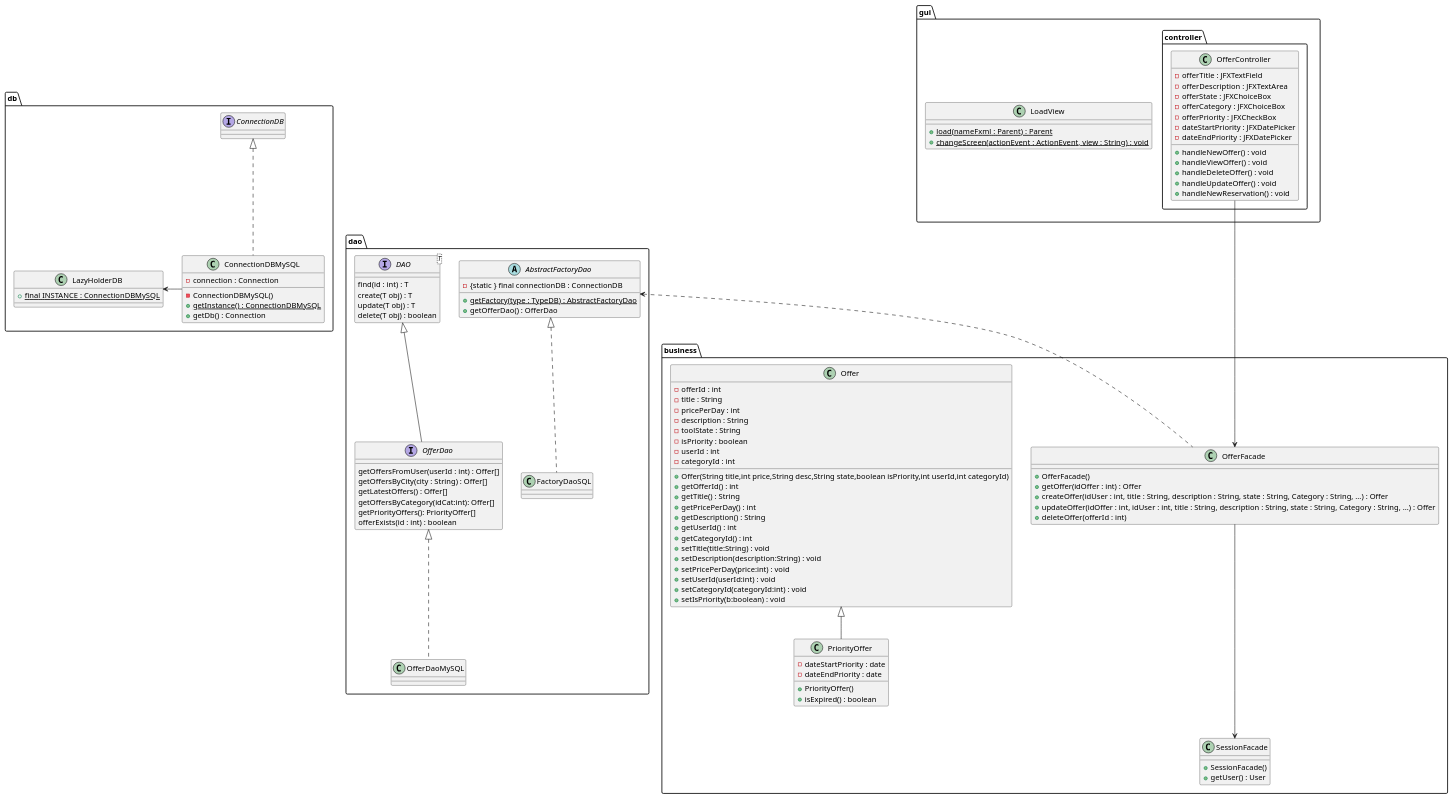
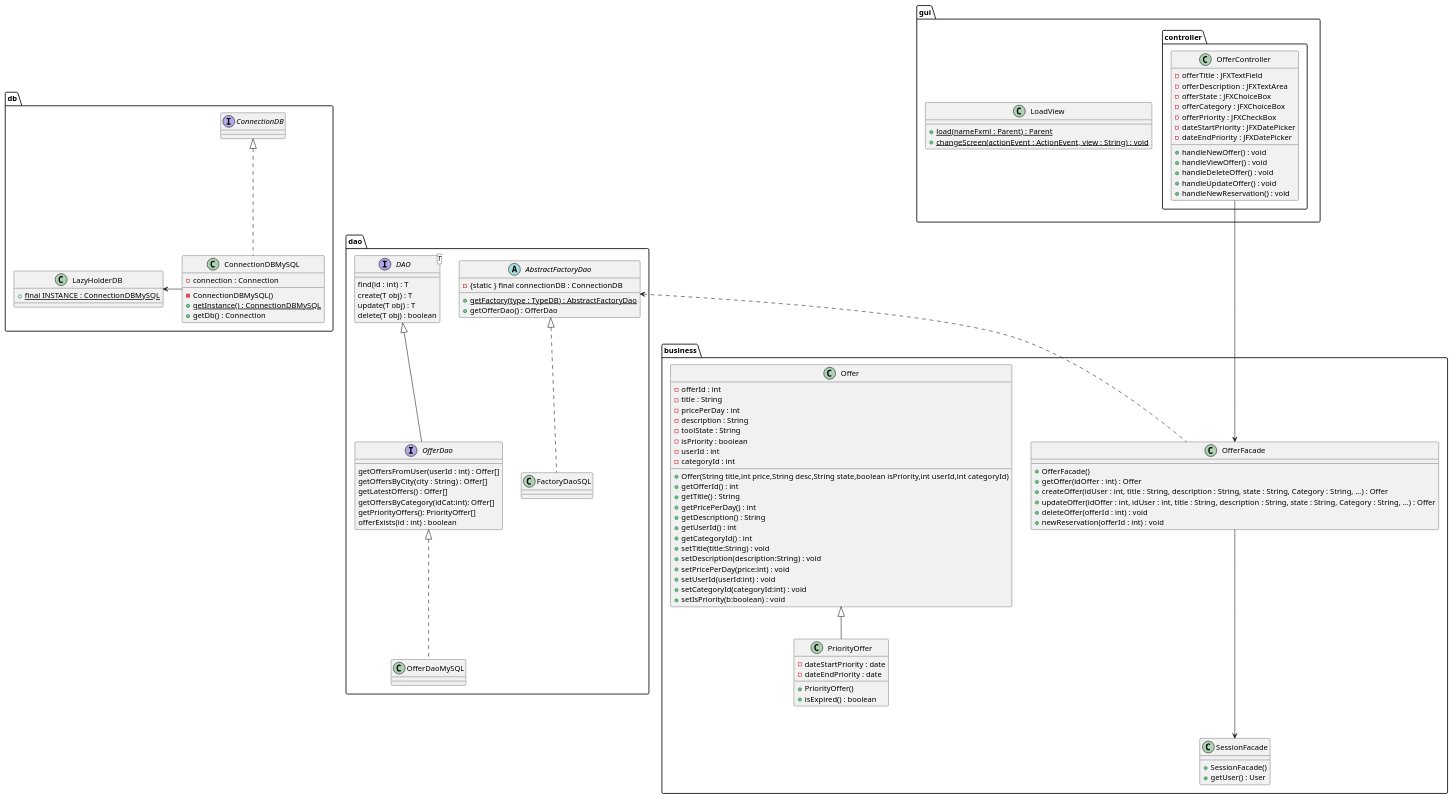
Before and after one commit to LaunoisRemy/ToolShare: the diagram in documents/diagram/offer/offerClass.puml, drawn with PlantUML.

Commit message:
UPDATE : offer class diagram to add reservation

```diff
--- a/documents/diagram/offer/offerClass.puml
+++ b/documents/diagram/offer/offerClass.puml
@@ -1,135 +1,136 @@
 @startuml
 
 package dao {
 
 
     interface OfferDao{
         getOffersFromUser(userId : int) : Offer[]
         getOffersByCity(city : String) : Offer[]
         getLatestOffers() : Offer[]
         getOffersByCategory(idCat:int): Offer[]
         getPriorityOffers(): PriorityOffer[]
         offerExists(id : int) : boolean
     }
     class OfferDaoMySQL
     FactoryDaoSQL .up.|> AbstractFactoryDao
     OfferDaoMySQL .up.|> OfferDao
 
 
     interface DAO<T>{
         find(id : int) : T
         create(T obj) : T
         update(T obj) : T
         delete(T obj) : boolean
     }
 
     abstract AbstractFactoryDao{
         - {static } final connectionDB : ConnectionDB
         + {static} getFactory(type : TypeDB) : AbstractFactoryDao
         + getOfferDao() : OfferDao
     }
 
     class FactoryDaoSQL{
     }
 
 
     DAO <|-- OfferDao
 }
 package db{
     class ConnectionDBMySQL{
         - connection : Connection
         - ConnectionDBMySQL()
         + {static} getInstance() : ConnectionDBMySQL
         + getDb() : Connection
     }
 
     class LazyHolderDB{
         + {static} final INSTANCE : ConnectionDBMySQL
     }
     interface ConnectionDB
     ConnectionDBMySQL -Left-> LazyHolderDB
     ConnectionDBMySQL .up.|> ConnectionDB
 
 }
 package business{
     class SessionFacade{
         + SessionFacade()
         + getUser() : User
     }
 
     class Offer{
         -offerId : int
         -title : String
         -pricePerDay : int
         -description : String
         -toolState : String
         -isPriority : boolean
         -userId : int
         -categoryId : int
         + Offer(String title,int price,String desc,String state,boolean isPriority,int userId,int categoryId)
         + getOfferId() : int
         + getTitle() : String
         + getPricePerDay() : int
         + getDescription() : String
         + getUserId() : int
         + getCategoryId() : int
         + setTitle(title:String) : void
         + setDescription(description:String) : void
         + setPricePerDay(price:int) : void
         + setUserId(userId:int) : void
         + setCategoryId(categoryId:int) : void
         + setIsPriority(b:boolean) : void
     }
 
     class PriorityOffer{
         -dateStartPriority : date
         -dateEndPriority : date
         +PriorityOffer()
         +isExpired() : boolean
     }
     class OfferFacade{
         + OfferFacade()
         + getOffer(idOffer : int) : Offer
         + createOffer(idUser : int, title : String, description : String, state : String, Category : String, ...) : Offer
         + updateOffer(idOffer : int, idUser : int, title : String, description : String, state : String, Category : String, ...) : Offer
-        + deleteOffer(offerId : int)
+        + deleteOffer(offerId : int) : void
+        + newReservation(offerId : int) : void
     }
 
         Offer <|-- PriorityOffer
 
 
 }
 
 package gui{
 
     class LoadView{
         + {static} load(nameFxml : Parent) : Parent
         + {static} changeScreen(actionEvent : ActionEvent, view : String) : void
     }
 
     package controller{
         class OfferController{
             -offerTitle : JFXTextField
             -offerDescription : JFXTextArea
             -offerState : JFXChoiceBox
             -offerCategory : JFXChoiceBox
             -offerPriority : JFXCheckBox
             -dateStartPriority : JFXDatePicker
             -dateEndPriority : JFXDatePicker
             + handleNewOffer() : void
             + handleViewOffer() : void
             + handleDeleteOffer() : void
             + handleUpdateOffer() : void
             + handleNewReservation() : void
 
         }
 
     }
 }
 OfferFacade <--Up- OfferController
 SessionFacade <--Up- OfferFacade
 OfferFacade .Up.> AbstractFactoryDao
 
 
 
 @enduml
```
